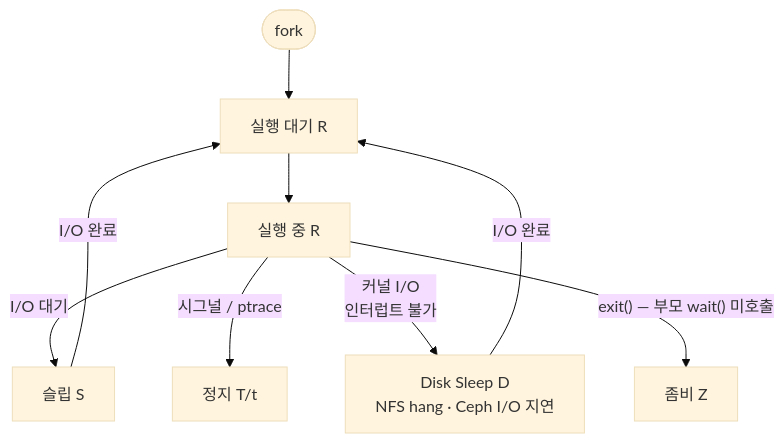
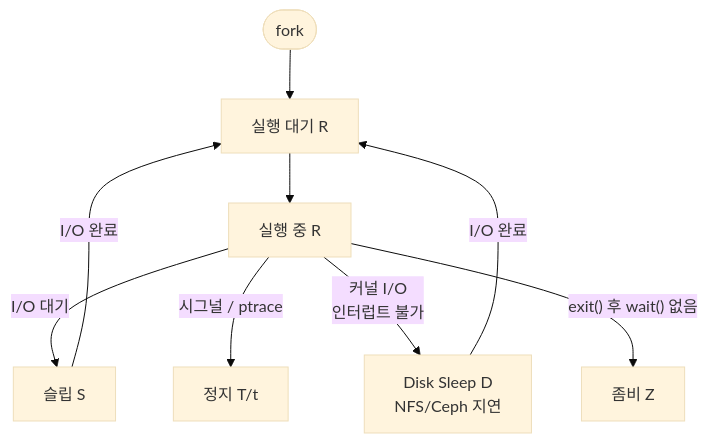
One commit to moonblueblue/devops-wiki changed the first of 3 diagrams in content/linux/process-isolation/process-management.md. Above: the diagram before and after it, drawn with Mermaid (base theme). The commit also changed other lines of this file and 4 other files, not shown here.

First line of the commit message:
style: process-isolation 섹션 Mermaid 노드 라벨 규칙 적용

````diff
--- a/content/linux/process-isolation/process-management.md
+++ b/content/linux/process-isolation/process-management.md
@@ -25,11 +25,11 @@
 ```mermaid
 graph TD
     START([fork]) --> RQ[실행 대기 R]
     RQ --> RN[실행 중 R]
     RN -->|I/O 대기| S[슬립 S]
     S -->|I/O 완료| RQ
     RN -->|시그널 / ptrace| T[정지 T/t]
-    RN -->|커널 I/O\n인터럽트 불가| D["Disk Sleep D\nNFS hang · Ceph I/O 지연"]
+    RN -->|커널 I/O\n인터럽트 불가| D["Disk Sleep D\nNFS/Ceph 지연"]
     D -->|I/O 완료| RQ
-    RN -->|"exit() — 부모 wait() 미호출"| Z[좀비 Z]
+    RN -->|"exit() 후 wait() 없음"| Z[좀비 Z]
 ```
````
